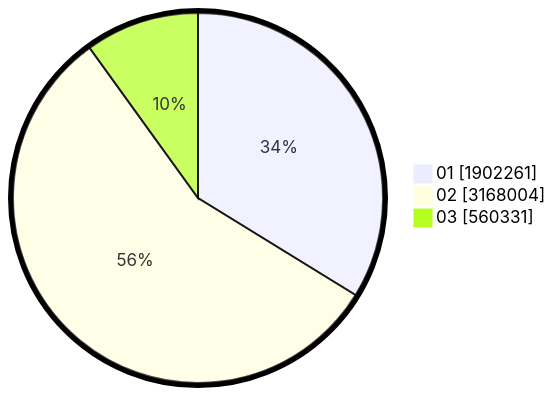
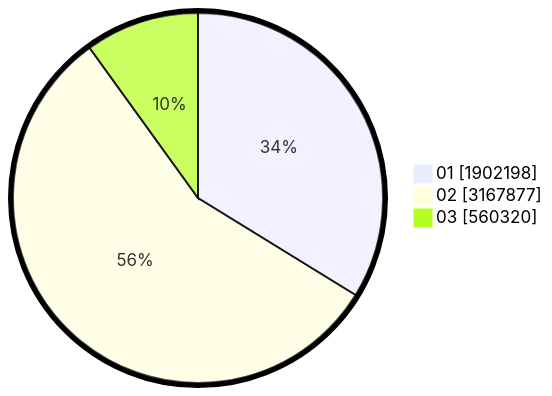
The second of 2 diagrams in pilpres/hitung-suara/sub/table-wilayah-36.md (gigit-pemilu/pemilu-2024), drawn with Mermaid before and after one commit. The commit also changed other lines of this file and 4 other files, not shown here.

````diff
--- a/pilpres/hitung-suara/sub/table-wilayah-36.md
+++ b/pilpres/hitung-suara/sub/table-wilayah-36.md
@@ -15,7 +15,7 @@
 ```mermaid
 %%{init: {"pie": {"textPosition": 0.5}, "themeVariables": {"pieOuterStrokeWidth": "5px"}} }%%
 pie showData
-    "01" : 1902261
-    "02" : 3168004
-    "03" : 560331
+    "01" : 1902198
+    "02" : 3167877
+    "03" : 560320
 ```
````
